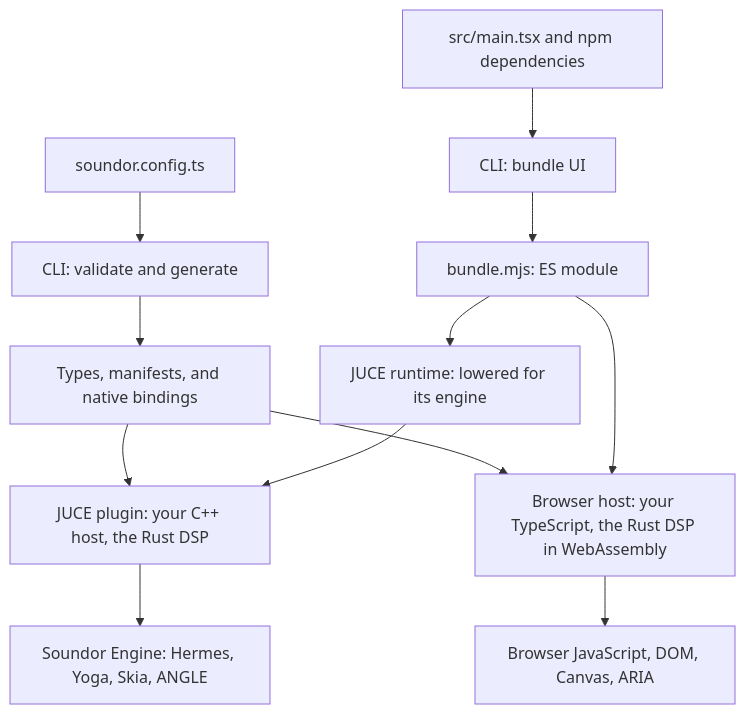
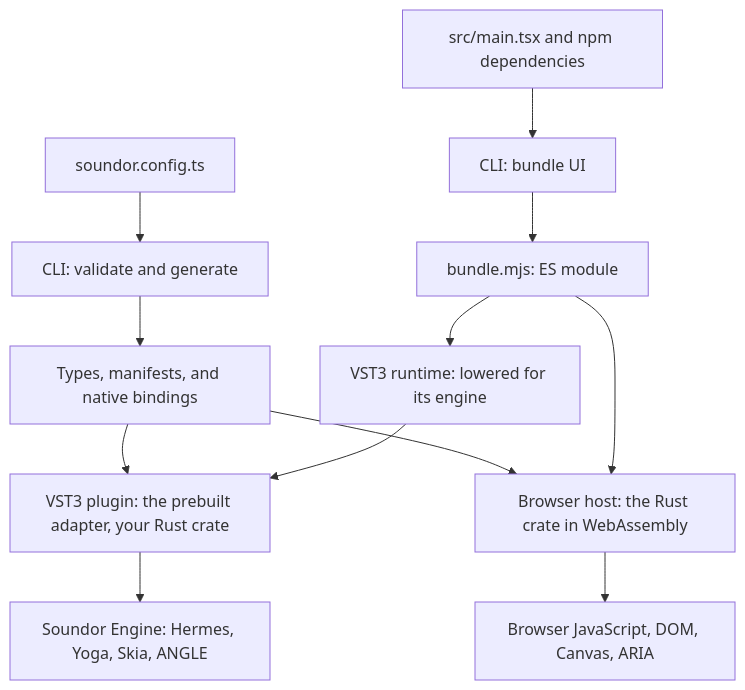
The diagram in apps/website/content/docs/(docs)/architecture.md (soundor/soundor), drawn with Mermaid before and after one commit. The commit also changed other lines of this file and 252 other files, not shown here.

First line of the commit message:
docs: describe Soundor without the JUCE runtime

````diff
--- a/apps/website/content/docs/(docs)/architecture.md
+++ b/apps/website/content/docs/(docs)/architecture.md
@@ -12,14 +12,14 @@
 ```mermaid
 flowchart TD
     Config["soundor.config.ts"] --> Toolchain["CLI: validate and generate"]
     Toolchain --> Contract["Types, manifests, and native bindings"]
     Source["src/main.tsx and npm dependencies"] --> Bundle["CLI: bundle UI"]
     Bundle --> ESM["bundle.mjs: ES module"]
-    ESM --> Native["JUCE runtime: lowered for its engine"]
-    Contract --> JUCE["JUCE plugin: your C++ host, the Rust DSP"]
-    Contract --> Web["Browser host: your TypeScript, the Rust DSP in WebAssembly"]
-    Native --> JUCE
+    ESM --> Native["VST3 runtime: lowered for its engine"]
+    Contract --> VST3["VST3 plugin: the prebuilt adapter, your Rust crate"]
+    Contract --> Web["Browser host: the Rust crate in WebAssembly"]
+    Native --> VST3
     ESM --> Web
-    JUCE --> Engine["Soundor Engine: Hermes, Yoga, Skia, ANGLE"]
+    VST3 --> Engine["Soundor Engine: Hermes, Yoga, Skia, ANGLE"]
     Web --> Browser["Browser JavaScript, DOM, Canvas, ARIA"]
 ```
````
